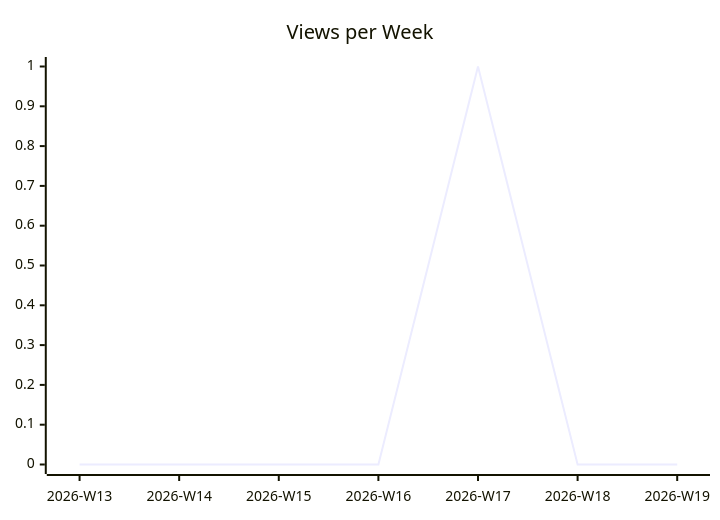
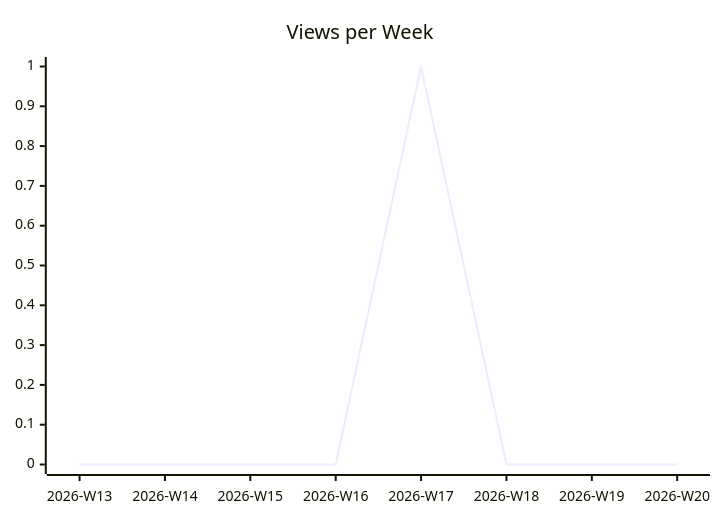
Before and after one commit to justdavis-family/github-analytics-data: the second of 3 diagrams in karlmdavis/ansible-role-rcm-dotfiles/README.md, drawn with Mermaid. The commit also changed other lines of this file and 176 other files, not shown here.

````diff
--- a/karlmdavis/ansible-role-rcm-dotfiles/README.md
+++ b/karlmdavis/ansible-role-rcm-dotfiles/README.md
@@ -12,6 +12,6 @@
 ```mermaid
 xychart-beta
   title "Views per Week"
-  x-axis ["2026-W13", "2026-W14", "2026-W15", "2026-W16", "2026-W17", "2026-W18", "2026-W19"]
-  line [0, 0, 0, 0, 1, 0, 0]
+  x-axis ["2026-W13", "2026-W14", "2026-W15", "2026-W16", "2026-W17", "2026-W18", "2026-W19", "2026-W20"]
+  line [0, 0, 0, 0, 1, 0, 0, 0]
 ```
````
